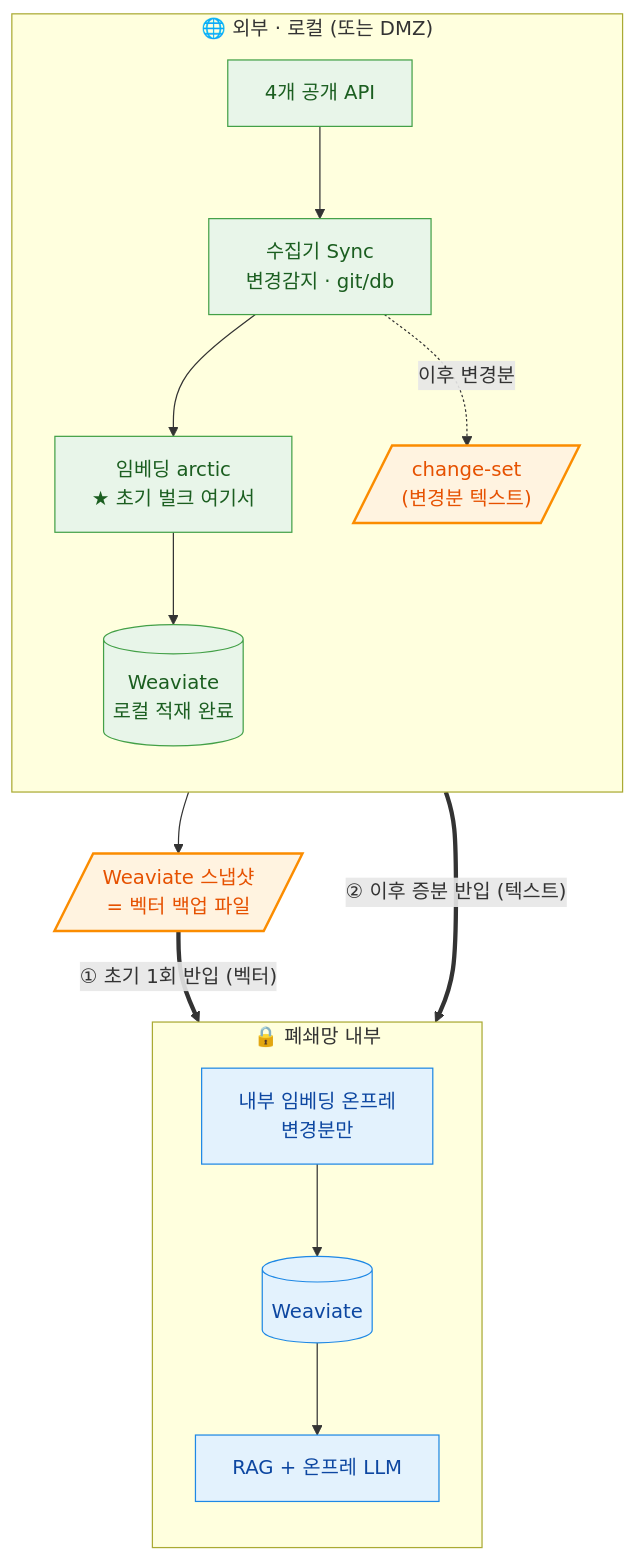
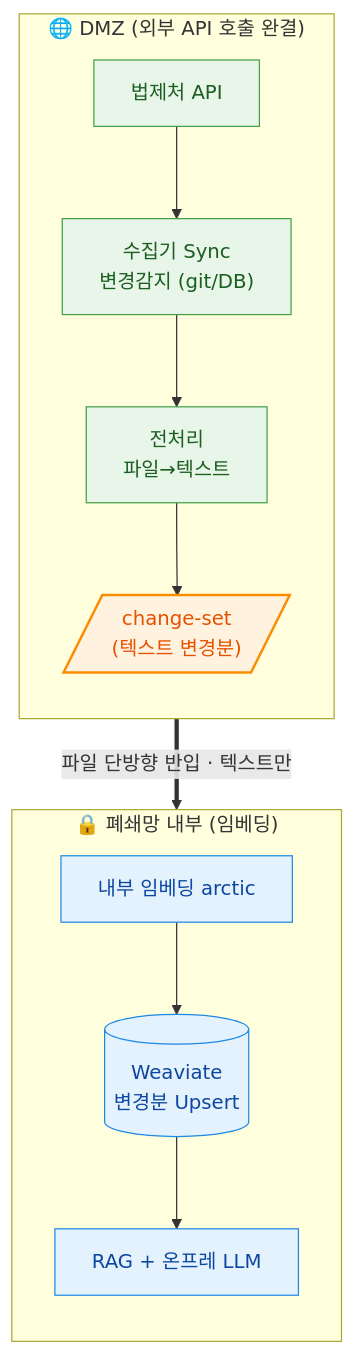
Before and after one commit to genonai/law_ai: the second of 3 diagrams in 아키텍처.md, drawn with Mermaid. The commit also changed other lines of this file, not shown here.

Commit message:
docs: 아키텍처 §7 을 법-only 3케이스(로컬/폐쇄망 옵션1·2) mermaid 로 교체

````diff
--- a/아키텍처.md
+++ b/아키텍처.md
@@ -89,25 +100,21 @@
 ```mermaid
 flowchart TB
-  classDef out fill:#e8f5e9,stroke:#43a047,color:#1b5e20;
+  classDef dmz fill:#e8f5e9,stroke:#43a047,color:#1b5e20;
   classDef cross fill:#fff3e0,stroke:#fb8c00,color:#e65100,stroke-width:2px;
   classDef inside fill:#e3f2fd,stroke:#1e88e5,color:#0d47a1;
-  subgraph OUT["🌐 외부 · 로컬 (또는 DMZ)"]
+  subgraph DMZ["🌐 DMZ (외부 API 호출 완결)"]
     direction TB
-    A1["4개 공개 API"] --> A2["수집기 Sync<br/>변경감지 · git/db"]
-    A2 --> A3["임베딩 arctic<br/>★ 초기 벌크 여기서"]
-    A3 --> A4[("Weaviate<br/>로컬 적재 완료")]
-    A2 -. 이후 변경분 .-> A5[/"change-set<br/>(변경분 텍스트)"/]
+    A["법제처 API"] --> B["수집기 Sync<br/>변경감지 (git/DB)"]
+    B --> C["전처리<br/>파일→텍스트"]
+    C --> D[/"change-set<br/>(텍스트 변경분)"/]
   end
-  class A1,A2,A3,A4 out
-  class A5 cross
-  A4 --> SNAP[/"Weaviate 스냅샷<br/>= 벡터 백업 파일"/]
-  class SNAP cross
-  subgraph IN["🔒 폐쇄망 내부"]
+  class A,B,C dmz
+  class D cross
+  subgraph IN["🔒 폐쇄망 내부 (임베딩)"]
     direction TB
-    B3["내부 임베딩 온프레<br/>변경분만"] --> B1[("Weaviate")]
-    B1 --> B2["RAG + 온프레 LLM"]
+    E["내부 임베딩 arctic"] --> F[("Weaviate<br/>변경분 Upsert")]
+    F --> G["RAG + 온프레 LLM"]
   end
-  class B1,B2,B3 inside
-  SNAP ==>|"① 초기 1회 반입 (벡터)"| B1
-  A5 ==>|"② 이후 증분 반입 (텍스트)"| B3
+  class E,F,G inside
+  D ==>|"파일 단방향 반입 · 텍스트만"| E
 ```
````
